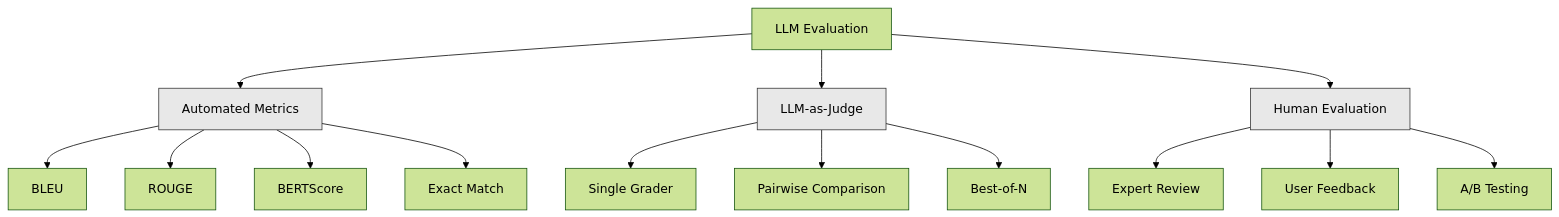
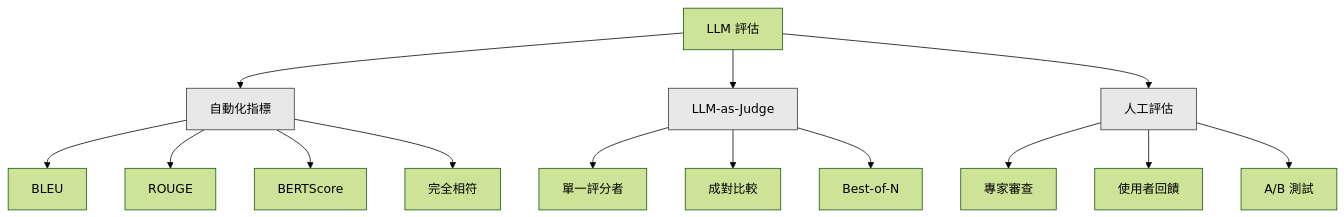
One commit to edward821220/ai-engineering-from-scratch changed the first of 2 diagrams in i18n/zh-TW/phases/11-llm-engineering/10-evaluation/docs/zh-TW.md. Above: the diagram before and after it, drawn with Mermaid (forest theme). The commit also changed other lines of this file and 123 other files, not shown here.

````diff
--- a/i18n/zh-TW/phases/11-llm-engineering/10-evaluation/docs/zh-TW.md
+++ b/i18n/zh-TW/phases/11-llm-engineering/10-evaluation/docs/zh-TW.md
@@ -36,23 +36,23 @@
 ```mermaid
 graph TD
-    E[LLM Evaluation] --> A[Automated Metrics]
+    E[LLM 評估] --> A[自動化指標]
     E --> L[LLM-as-Judge]
-    E --> H[Human Evaluation]
+    E --> H[人工評估]
 
     A --> A1[BLEU]
     A --> A2[ROUGE]
     A --> A3[BERTScore]
-    A --> A4[Exact Match]
+    A --> A4[完全相符]
 
-    L --> L1[Single Grader]
-    L --> L2[Pairwise Comparison]
+    L --> L1[單一評分者]
+    L --> L2[成對比較]
     L --> L3[Best-of-N]
 
-    H --> H1[Expert Review]
-    H --> H2[User Feedback]
-    H --> H3[A/B Testing]
+    H --> H1[專家審查]
+    H --> H2[使用者回饋]
+    H --> H3[A/B 測試]
 
     style A fill:#e8e8e8,stroke:#333
     style L fill:#e8e8e8,stroke:#333
     style H fill:#e8e8e8,stroke:#333
 ```
````
